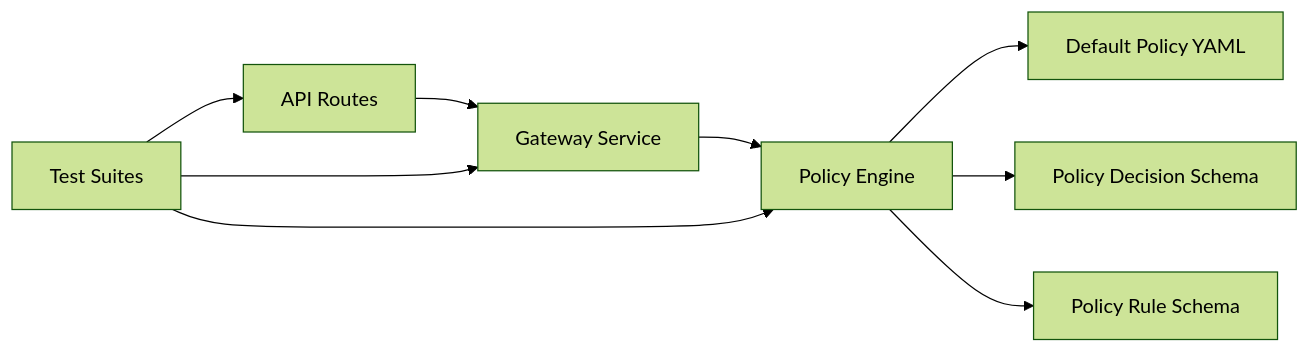
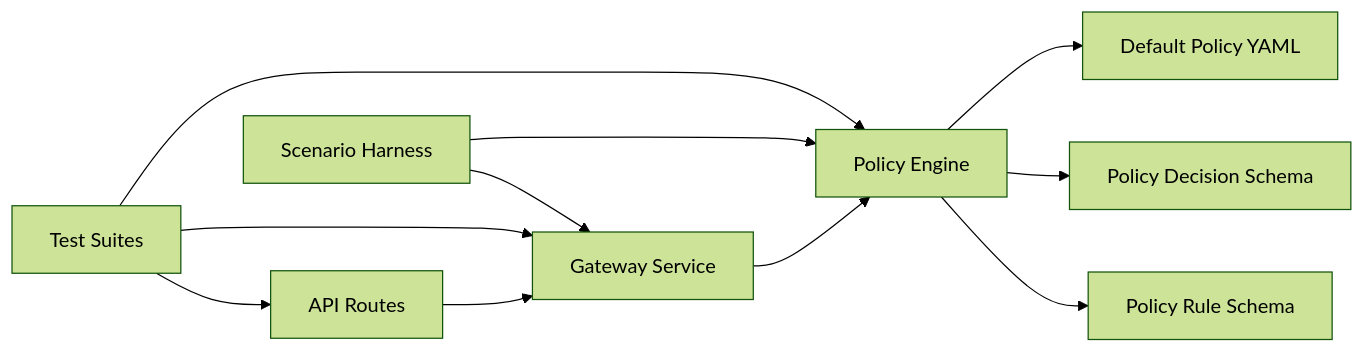
The seventh of 7 diagrams in .qoder/repowiki/en/content/Policy Management/Policy Testing and Validation.md (metasync/luban-aiops), drawn with Mermaid (forest theme) before and after one commit. The commit also changed other lines of this file and 16 other files, not shown here.

````diff
--- a/.qoder/repowiki/en/content/Policy Management/Policy Testing and Validation.md
+++ b/.qoder/repowiki/en/content/Policy Management/Policy Testing and Validation.md
@@ -282,11 +377,13 @@
 ```mermaid
 graph LR
 Routes["API Routes"] --> Gateway["Gateway Service"]
 Gateway --> Engine["Policy Engine"]
 Engine --> PolicyYAML["Default Policy YAML"]
 Engine --> SchemaDec["Policy Decision Schema"]
 Engine --> SchemaRule["Policy Rule Schema"]
 Tests["Test Suites"] --> Engine
 Tests --> Gateway
 Tests --> Routes
+ScenarioHarness["Scenario Harness"] --> Engine
+ScenarioHarness --> Gateway
 ```
````
